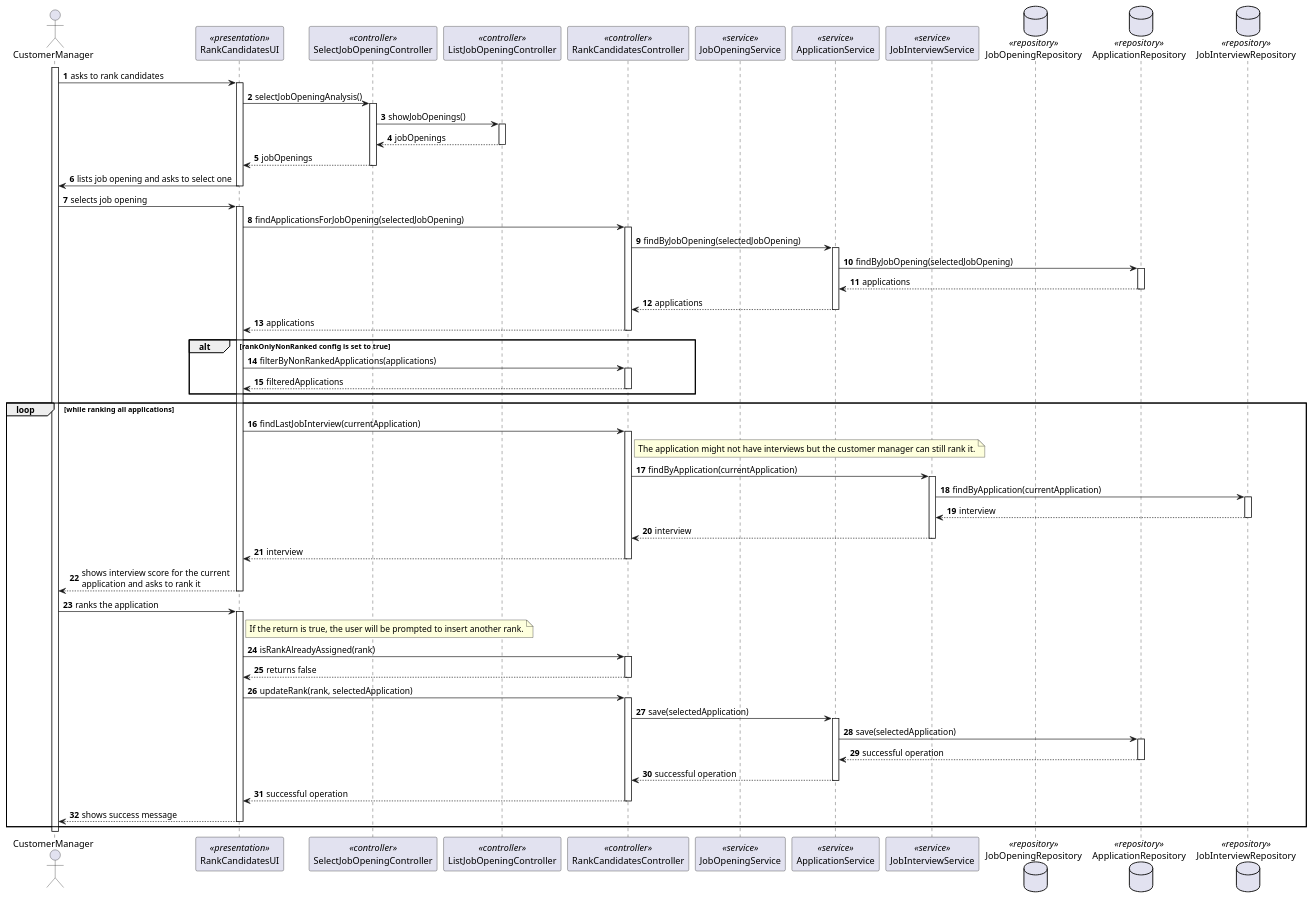
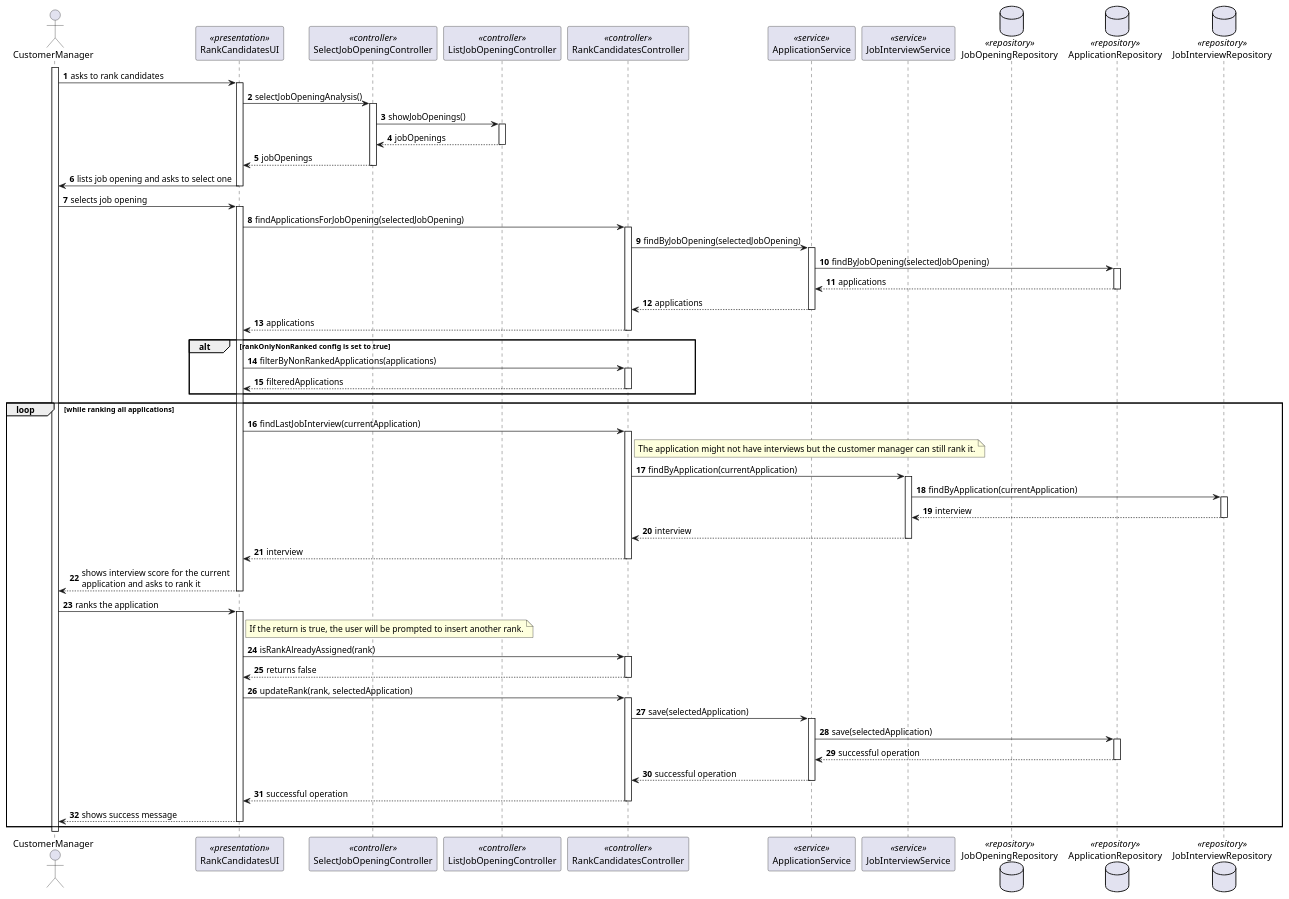
The diagram in docs/SprintC/rank-candidates-for-job-opening/sequence-diagram.puml (MiguelCardoso77/LAPR4), drawn with PlantUML before and after one commit. The commit also changed 2 other files, not shown here.

```diff
--- a/docs/SprintC/rank-candidates-for-job-opening/sequence-diagram.puml
+++ b/docs/SprintC/rank-candidates-for-job-opening/sequence-diagram.puml
@@ -1,132 +1,131 @@
 @startuml
 autonumber
 
 actor CustomerManager
 
 participant RankCandidatesUI <<presentation>>
 participant SelectJobOpeningController <<controller>>
 participant ListJobOpeningController <<controller>>
 participant RankCandidatesController <<controller>>
 
-participant JobOpeningService <<service>>
 participant ApplicationService <<service>>
 participant JobInterviewService <<service>>
 
 database JobOpeningRepository <<repository>>
 database ApplicationRepository <<repository>>
 database JobInterviewRepository <<repository>>
 
 activate CustomerManager
 
     CustomerManager -> RankCandidatesUI : asks to rank candidates
     activate RankCandidatesUI
 
         RankCandidatesUI -> SelectJobOpeningController : selectJobOpeningAnalysis()
         activate SelectJobOpeningController
 
             SelectJobOpeningController -> ListJobOpeningController : showJobOpenings()
             activate ListJobOpeningController
 
                 ListJobOpeningController --> SelectJobOpeningController : jobOpenings
             deactivate ListJobOpeningController
 
             SelectJobOpeningController --> RankCandidatesUI : jobOpenings
         deactivate SelectJobOpeningController
 
         RankCandidatesUI -> CustomerManager : lists job opening and asks to select one
     deactivate RankCandidatesUI
 
     CustomerManager -> RankCandidatesUI : selects job opening
     activate RankCandidatesUI
 
         RankCandidatesUI -> RankCandidatesController : findApplicationsForJobOpening(selectedJobOpening)
         activate RankCandidatesController
 
             RankCandidatesController -> ApplicationService : findByJobOpening(selectedJobOpening)
             activate ApplicationService
 
                 ApplicationService -> ApplicationRepository : findByJobOpening(selectedJobOpening)
                 activate ApplicationRepository
 
                     ApplicationRepository --> ApplicationService : applications
                 deactivate ApplicationRepository
 
                 ApplicationService --> RankCandidatesController : applications
             deactivate ApplicationService
 
             RankCandidatesController --> RankCandidatesUI : applications
         deactivate RankCandidatesController
 
 alt rankOnlyNonRanked config is set to true
         RankCandidatesUI -> RankCandidatesController : filterByNonRankedApplications(applications)
         activate RankCandidatesController
 
             RankCandidatesController --> RankCandidatesUI : filteredApplications
         deactivate RankCandidatesController
 end alt
 
 loop while ranking all applications
 
         RankCandidatesUI -> RankCandidatesController : findLastJobInterview(currentApplication)
         activate RankCandidatesController
             note right of RankCandidatesController
             The application might not have interviews but the customer manager can still rank it.
             end note
 
             RankCandidatesController -> JobInterviewService : findByApplication(currentApplication)
             activate JobInterviewService
 
                 JobInterviewService -> JobInterviewRepository : findByApplication(currentApplication)
                 activate JobInterviewRepository
 
                     JobInterviewRepository --> JobInterviewService : interview
                 deactivate JobInterviewRepository
 
                 JobInterviewService --> RankCandidatesController : interview
             deactivate JobInterviewService
 
             RankCandidatesController --> RankCandidatesUI : interview
         deactivate RankCandidatesController
 
         RankCandidatesUI --> CustomerManager : shows interview score for the current \napplication and asks to rank it
     deactivate RankCandidatesUI
 
     CustomerManager -> RankCandidatesUI : ranks the application
     activate RankCandidatesUI
 
 note right of RankCandidatesUI
 If the return is true, the user will be prompted to insert another rank.
 end note
 
         RankCandidatesUI -> RankCandidatesController : isRankAlreadyAssigned(rank)
         activate RankCandidatesController
 
             RankCandidatesController --> RankCandidatesUI : returns false
         deactivate RankCandidatesController
 
         RankCandidatesUI -> RankCandidatesController : updateRank(rank, selectedApplication)
         activate RankCandidatesController
 
             RankCandidatesController -> ApplicationService : save(selectedApplication)
             activate ApplicationService
 
                 ApplicationService -> ApplicationRepository : save(selectedApplication)
                 activate ApplicationRepository
 
                     ApplicationRepository --> ApplicationService : successful operation
                 deactivate ApplicationRepository
 
                 ApplicationService --> RankCandidatesController : successful operation
             deactivate ApplicationService
 
             RankCandidatesController --> RankCandidatesUI : successful operation
         deactivate RankCandidatesController
 
         RankCandidatesUI --> CustomerManager : shows success message
     deactivate RankCandidatesUI
 
 end loop
 
 deactivate CustomerManager
 
 @enduml
```
